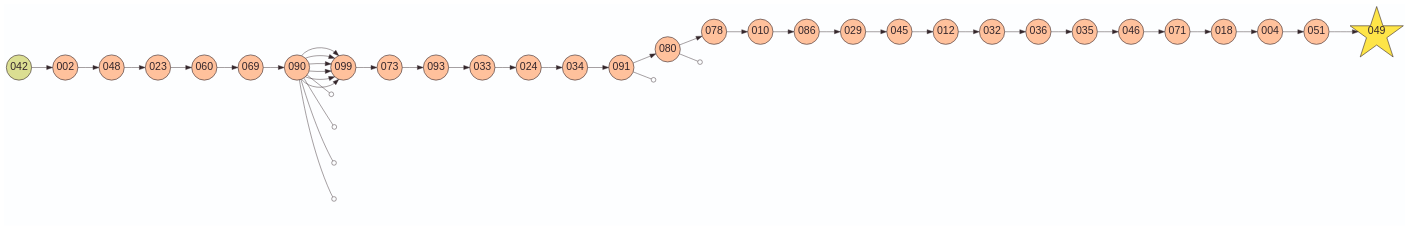
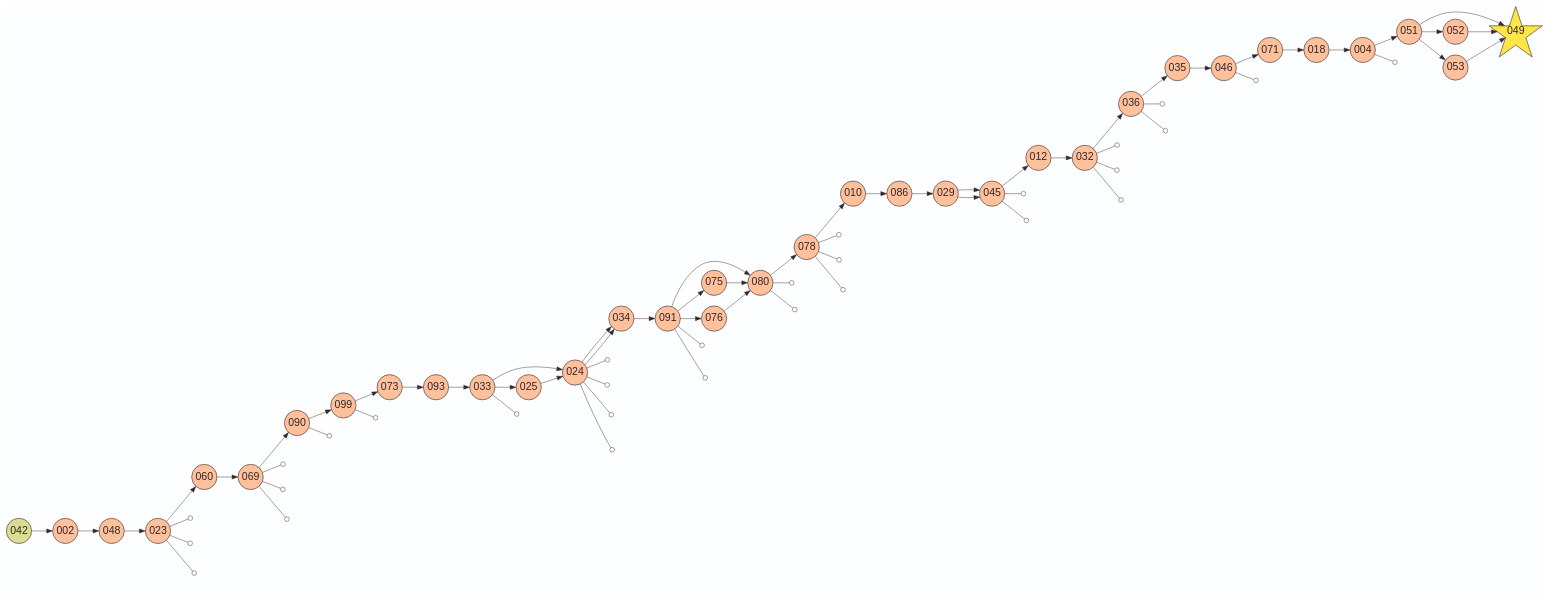
One commit to laowantong/sqlab_island changed the diagram in en/postgresql/output/graph.gv. Above: the diagram before and after it, drawn with Graphviz. The commit also changed 18 other files, not shown here.

Commit message:
update for SQLab 0.4.0 (non-linear graphs)

```diff
--- a/en/postgresql/output/graph.gv
+++ b/en/postgresql/output/graph.gv
@@ -1,79 +1,109 @@
 digraph G {
     layout=dot
-  rankdir=LR
+    rankdir=LR
     bgcolor="#FDFEFF"
     edge [color="#34262B" penwidth=0.75]
     node [
         shape=star
         fixedsize=true
         width=0.3
         height=0.3
         fillcolor="#FEE548"
         color="#34262B"
         fontcolor="#34262B"
         fontsize=18
         penwidth=1
         style=filled
         label=""
     ]
     
     node [
         width=1.2
         height=1.2
         fontname=Helvetica
         label="\N"
     ]
     049
     node [
         width=0.6
         height=0.6
         shape=circle
         fillcolor="#FFC19C"
     ]
-    002 048 023 060 069 090 099 099 099 099 099 099 073 093 033 024 034 091 080 078 010 086 029 045 012 032 036 035 046 071 018 004 051 049
+    002 048 023 060 069 090 099 073 093 033 024 025 024 034 034 091 080 075 076 080 080 078 010 086 029 045 045 012 032 036 035 046 071 018 004 051 052 053 049 049 049
     node [fillcolor="#DBDE92"]
     
     042 -> 002
     002 -> 048
     048 -> 023
     023 -> 060
     060 -> 069
     069 -> 090
     090 -> 099
-    090 -> 099
-    090 -> 099
-    090 -> 099
-    090 -> 099
-    090 -> 099
     099 -> 073
     073 -> 093
     093 -> 033
     033 -> 024
+    033 -> 025
+    025 -> 024
+    024 -> 034
     024 -> 034
     034 -> 091
     091 -> 080
+    091 -> 075
+    091 -> 076
+    075 -> 080
+    076 -> 080
     080 -> 078
     078 -> 010
     010 -> 086
     086 -> 029
+    029 -> 045
     029 -> 045
     045 -> 012
     012 -> 032
     032 -> 036
     036 -> 035
     035 -> 046
     046 -> 071
     071 -> 018
     018 -> 004
     004 -> 051
+    051 -> 052
+    051 -> 053
     051 -> 049
+    052 -> 049
+    053 -> 049
     node [style=invisible label=""]
-    29469479875314 28936146647069 27750710965709 27856316173838 24023835813788 29110816244045
+    51507010066455 48044556087693 37598288701617 70761173541257 77405320603816 73618022250895 29469479875314 14736651824382 138996212731035 163024011428056 158940675065632 166516902594714 165468115894776 24023835813788 24056167280055 29925361564672 18322049360738 30928237956437 30928237956025 30928237956875 237566676404939 227797463040767 40383593351912 41253217103657 40200892941243 131587263483309 132776239100886 204190323040279 66688187831573
     edge [arrowhead=odot]
+    023 -> 51507010066455
+    023 -> 48044556087693
+    023 -> 37598288701617
+    069 -> 70761173541257
+    069 -> 77405320603816
+    069 -> 73618022250895
     090 -> 29469479875314
-    090 -> 28936146647069
-    090 -> 27750710965709
-    090 -> 27856316173838
+    099 -> 14736651824382
+    033 -> 138996212731035
+    024 -> 163024011428056
+    024 -> 158940675065632
+    024 -> 166516902594714
+    024 -> 165468115894776
     091 -> 24023835813788
-    080 -> 29110816244045
+    091 -> 24056167280055
+    080 -> 29925361564672
+    080 -> 18322049360738
+    078 -> 30928237956437
+    078 -> 30928237956025
+    078 -> 30928237956875
+    045 -> 237566676404939
+    045 -> 227797463040767
+    032 -> 40383593351912
+    032 -> 41253217103657
+    032 -> 40200892941243
+    036 -> 131587263483309
+    036 -> 132776239100886
+    046 -> 204190323040279
+    004 -> 66688187831573
 }
```
